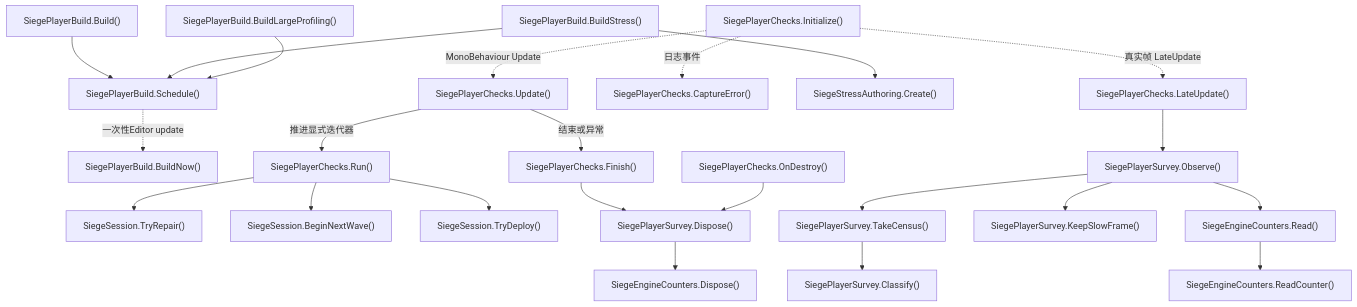
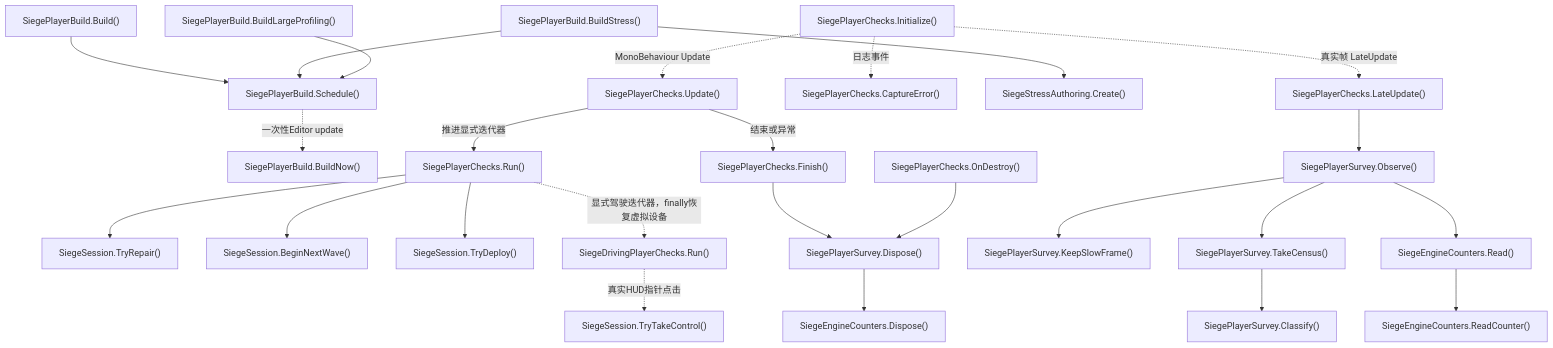
One commit to kukudia/HY-Sandbox changed diagram 35 of 38 in Docs/RuntimeFlow.md. Above: the diagram before and after it, drawn with Mermaid. The commit also changed other lines of this file and 12 other files, not shown here.

First line of the commit message:
test: exercise Siege keyboard flight and HUD handoff in Player

````diff
--- a/Docs/RuntimeFlow.md
+++ b/Docs/RuntimeFlow.md
@@ -3253,73 +3253,79 @@
 ```mermaid
 flowchart TD
     A["SiegePlayerBuild.Build()"]
     click A "../Assets/Editor/Siege/SiegePlayerBuild.cs#L16" "打开源码"
     B["SiegePlayerBuild.BuildNow()"]
     click B "../Assets/Editor/Siege/SiegePlayerBuild.cs#L73" "打开源码"
     C["SiegePlayerChecks.Initialize()"]
-    click C "../Assets/Scripts/Features/Siege/SiegePlayerChecks.cs#L28" "打开源码"
+    click C "../Assets/Scripts/Features/Siege/SiegePlayerChecks.cs#L30" "打开源码"
     D["SiegePlayerChecks.Update()"]
-    click D "../Assets/Scripts/Features/Siege/SiegePlayerChecks.cs#L71" "打开源码"
+    click D "../Assets/Scripts/Features/Siege/SiegePlayerChecks.cs#L74" "打开源码"
     E["SiegePlayerChecks.Run()"]
-    click E "../Assets/Scripts/Features/Siege/SiegePlayerChecks.cs#L116" "打开源码"
+    click E "../Assets/Scripts/Features/Siege/SiegePlayerChecks.cs#L121" "打开源码"
     F["SiegePlayerChecks.LateUpdate()"]
-    click F "../Assets/Scripts/Features/Siege/SiegePlayerChecks.cs#L92" "打开源码"
+    click F "../Assets/Scripts/Features/Siege/SiegePlayerChecks.cs#L95" "打开源码"
     G["SiegePlayerChecks.Finish()"]
-    click G "../Assets/Scripts/Features/Siege/SiegePlayerChecks.cs#L310" "打开源码"
+    click G "../Assets/Scripts/Features/Siege/SiegePlayerChecks.cs#L343" "打开源码"
     H["SiegeSession.TryRepair()"]
     click H "../Assets/Scripts/Features/Siege/SiegeSession.cs#L101" "打开源码"
     I["SiegeSession.BeginNextWave()"]
     click I "../Assets/Scripts/Features/Siege/SiegeSession.cs#L74" "打开源码"
     J["SiegeSession.TryDeploy()"]
     click J "../Assets/Scripts/Features/Siege/SiegeSession.cs#L88" "打开源码"
     K["SiegePlayerChecks.CaptureError()"]
-    click K "../Assets/Scripts/Features/Siege/SiegePlayerChecks.cs#L302" "打开源码"
+    click K "../Assets/Scripts/Features/Siege/SiegePlayerChecks.cs#L335" "打开源码"
     L["SiegePlayerBuild.BuildStress()"]
     click L "../Assets/Editor/Siege/SiegePlayerBuild.cs#L22" "打开源码"
     M["SiegeStressAuthoring.Create()"]
     click M "../Assets/Editor/Siege/SiegeStressAuthoring.cs#L18" "打开源码"
     N["SiegePlayerBuild.Schedule()"]
     click N "../Assets/Editor/Siege/SiegePlayerBuild.cs#L53" "打开源码"
     O["SiegePlayerSurvey.Observe()"]
     click O "../Assets/Scripts/Features/Siege/SiegePlayerSurvey.cs#L39" "打开源码"
     P["SiegePlayerSurvey.Classify()"]
     click P "../Assets/Scripts/Features/Siege/SiegePlayerSurvey.cs#L75" "打开源码"
     Q["SiegePlayerSurvey.Dispose()"]
     click Q "../Assets/Scripts/Features/Siege/SiegePlayerSurvey.cs#L210" "打开源码"
     R["SiegePlayerChecks.OnDestroy()"]
-    click R "../Assets/Scripts/Features/Siege/SiegePlayerChecks.cs#L110" "打开源码"
+    click R "../Assets/Scripts/Features/Siege/SiegePlayerChecks.cs#L113" "打开源码"
     S["SiegePlayerSurvey.TakeCensus()"]
     click S "../Assets/Scripts/Features/Siege/SiegePlayerSurvey.cs#L128" "打开源码"
     T["SiegePlayerSurvey.KeepSlowFrame()"]
     click T "../Assets/Scripts/Features/Siege/SiegePlayerSurvey.cs#L156" "打开源码"
     U["SiegeEngineCounters.Read()"]
     click U "../Assets/Scripts/Features/Siege/SiegeEngineCounters.cs#L60" "打开源码"
     V["SiegeEngineCounters.ReadCounter()"]
     click V "../Assets/Scripts/Features/Siege/SiegeEngineCounters.cs#L81" "打开源码"
     W["SiegeEngineCounters.Dispose()"]
     click W "../Assets/Scripts/Features/Siege/SiegeEngineCounters.cs#L122" "打开源码"
     X["SiegePlayerBuild.BuildLargeProfiling()"]
     click X "../Assets/Editor/Siege/SiegePlayerBuild.cs#L42" "打开源码"
+    Y["SiegeDrivingPlayerChecks.Run()"]
+    click Y "../Assets/Scripts/Features/Siege/SiegeDrivingPlayerChecks.cs#L15" "打开源码"
+    Z["SiegeSession.TryTakeControl()"]
+    click Z "../Assets/Scripts/Features/Siege/SiegeSession.cs#L96" "打开源码"
     A --> N
     L --> M
     L --> N
     N -.->|一次性Editor update| B
     C -.->|MonoBehaviour Update| D
     D -->|推进显式迭代器| E
     E --> H
     E --> I
     E --> J
     C -.->|真实帧 LateUpdate| F
     C -.->|日志事件| K
     D -->|结束或异常| G
     F --> O
     O --> S
     S --> P
     O --> T
     G --> Q
     R --> Q
     O --> U
     U --> V
     Q --> W
     X --> N
+    E -.->|显式驾驶迭代器，finally恢复虚拟设备| Y
+    Y -.->|真实HUD指针点击| Z
 ```
````
